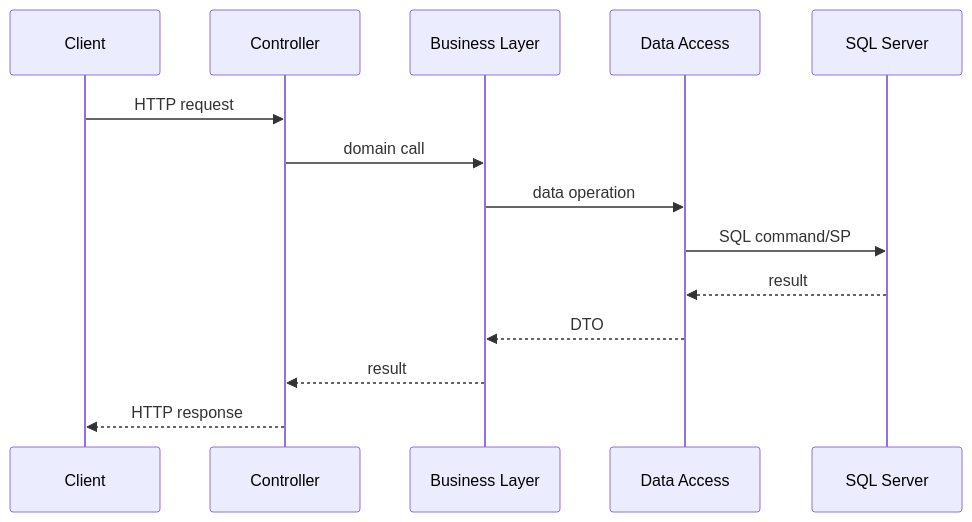
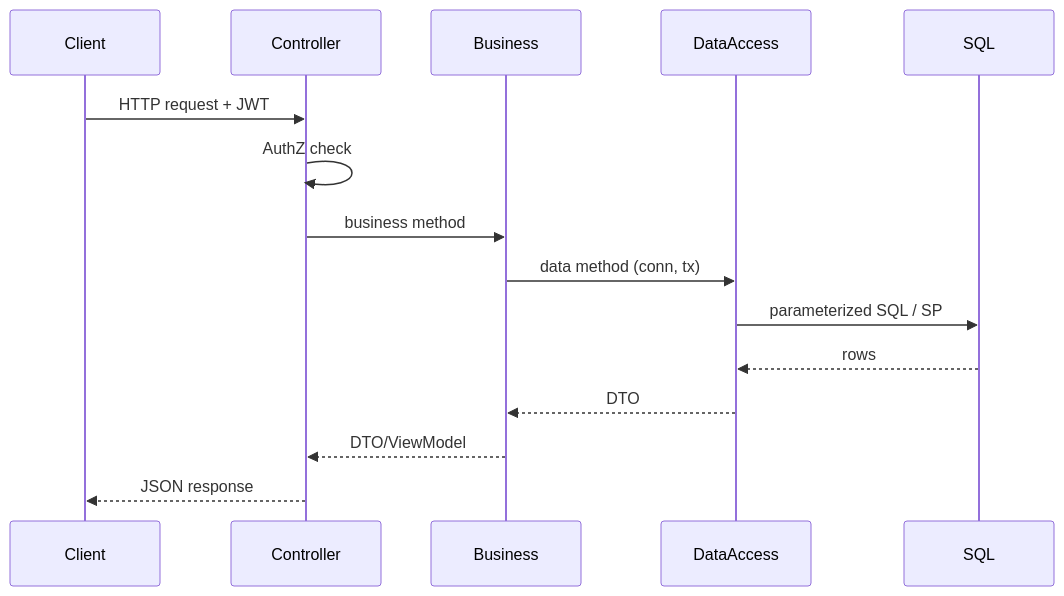
One commit to el-Sharif-suhiam/EduCore changed the fourth of 5 diagrams in docs/system-guide/01-architecture.md. Above: the diagram before and after it, drawn with Mermaid. The commit also changed other lines of this file and 18 other files, not shown here.

````diff
--- a/docs/system-guide/01-architecture.md
+++ b/docs/system-guide/01-architecture.md
@@ -35,16 +210,17 @@
 ```mermaid
 sequenceDiagram
-    participant C as Client
-    participant API as Controller
-    participant BL as Business Layer
-    participant DAL as Data Access
-    participant DB as SQL Server
-    C->>API: HTTP request
-    API->>BL: domain call
-    BL->>DAL: data operation
-    DAL->>DB: SQL command/SP
-    DB-->>DAL: result
-    DAL-->>BL: DTO
-    BL-->>API: result
-    API-->>C: HTTP response
+  participant Client
+  participant Controller
+  participant Business
+  participant DataAccess
+  participant SQL
+  Client->>Controller: HTTP request + JWT
+  Controller->>Controller: AuthZ check
+  Controller->>Business: business method
+  Business->>DataAccess: data method (conn, tx)
+  DataAccess->>SQL: parameterized SQL / SP
+  SQL-->>DataAccess: rows
+  DataAccess-->>Business: DTO
+  Business-->>Controller: DTO/ViewModel
+  Controller-->>Client: JSON response
 ```
````
